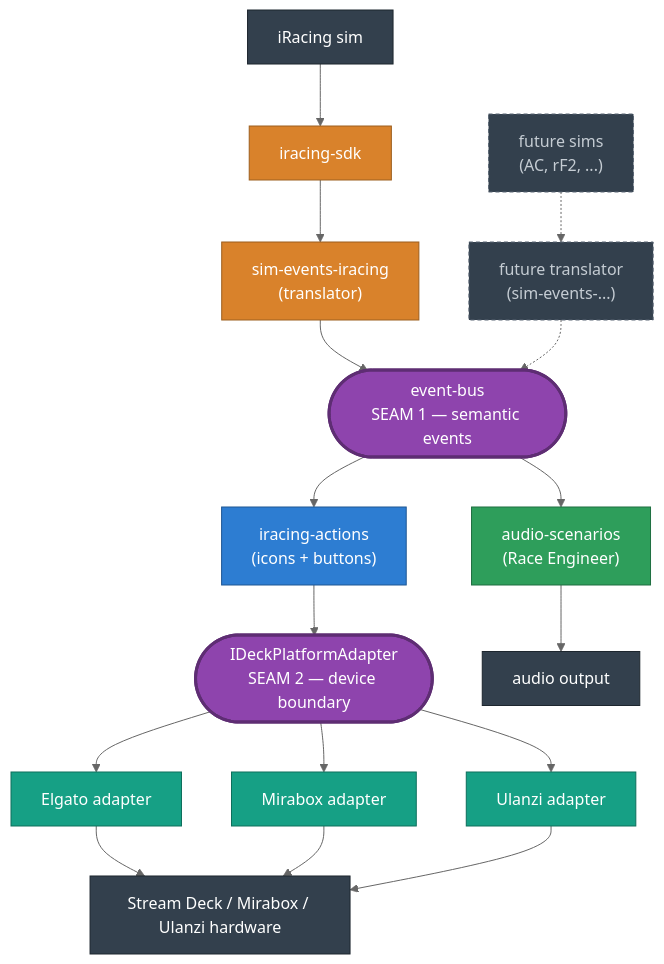
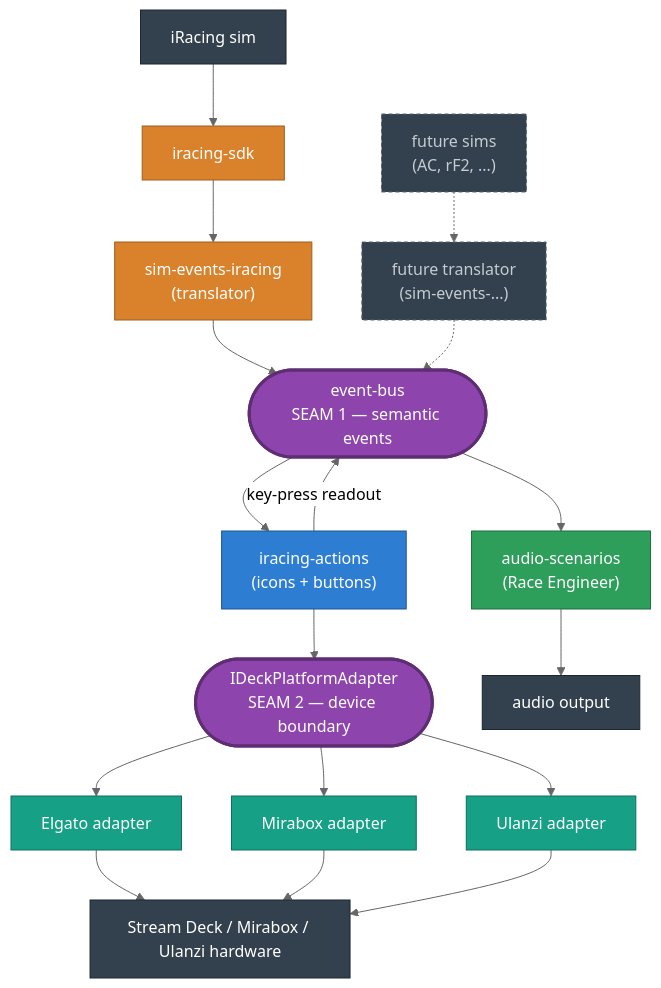
The first of 7 diagrams in packages/website/src/content/docs/docs/development/architecture.md (niklam/iracedeck), drawn with Mermaid (neutral theme) before and after one commit. The commit also changed other lines of this file and 375 other files, not shown here.

First line of the commit message:
feat(iracing-actions): Session Info keys speak their value on press (#466) (#1266)

````diff
--- a/packages/website/src/content/docs/docs/development/architecture.md
+++ b/packages/website/src/content/docs/docs/development/architecture.md
@@ -12,41 +12,42 @@
 ```mermaid
 flowchart TB
   ir["iRacing sim"]:::ext
   future["future sims<br/>(AC, rF2, ...)"]:::ghost
   futureTrans["future translator<br/>(sim-events-...)"]:::ghost
   sdk["iracing-sdk"]:::sim
   trans["sim-events-iracing<br/>(translator)"]:::sim
   bus(["event-bus<br/>SEAM 1 — semantic events"]):::seam
   actions["iracing-actions<br/>(icons + buttons)"]:::core
   re["audio-scenarios<br/>(Race Engineer)"]:::audio
   adapter(["IDeckPlatformAdapter<br/>SEAM 2 — device boundary"]):::seam
   elg["Elgato adapter"]:::adp
   mir["Mirabox adapter"]:::adp
   ula["Ulanzi adapter"]:::adp
   deck["Stream Deck / Mirabox / Ulanzi hardware"]:::ext
   spk["audio output"]:::ext
 
   ir --> sdk
   sdk --> trans
   trans --> bus
   future -.-> futureTrans
   futureTrans -.-> bus
   bus --> actions
+  actions -->|"key-press readout"| bus
   bus --> re
   actions --> adapter
   adapter --> elg
   adapter --> mir
   adapter --> ula
   elg --> deck
   mir --> deck
   ula --> deck
   re --> spk
 
   classDef ext fill:#33404d,color:#fff,stroke:#1d262e;
   classDef ghost fill:#33404d,color:#c5ccd3,stroke:#5a6573,stroke-dasharray:4 3;
   classDef sim fill:#d9822b,color:#fff,stroke:#9c5e1f;
   classDef seam fill:#8e44ad,color:#fff,stroke:#5e2d73,stroke-width:3px;
   classDef core fill:#2d7dd2,color:#fff,stroke:#1f5793;
   classDef audio fill:#2e9e5b,color:#fff,stroke:#1f6e40;
   classDef adp fill:#16a085,color:#fff,stroke:#0e6f5c;
 ```
````
